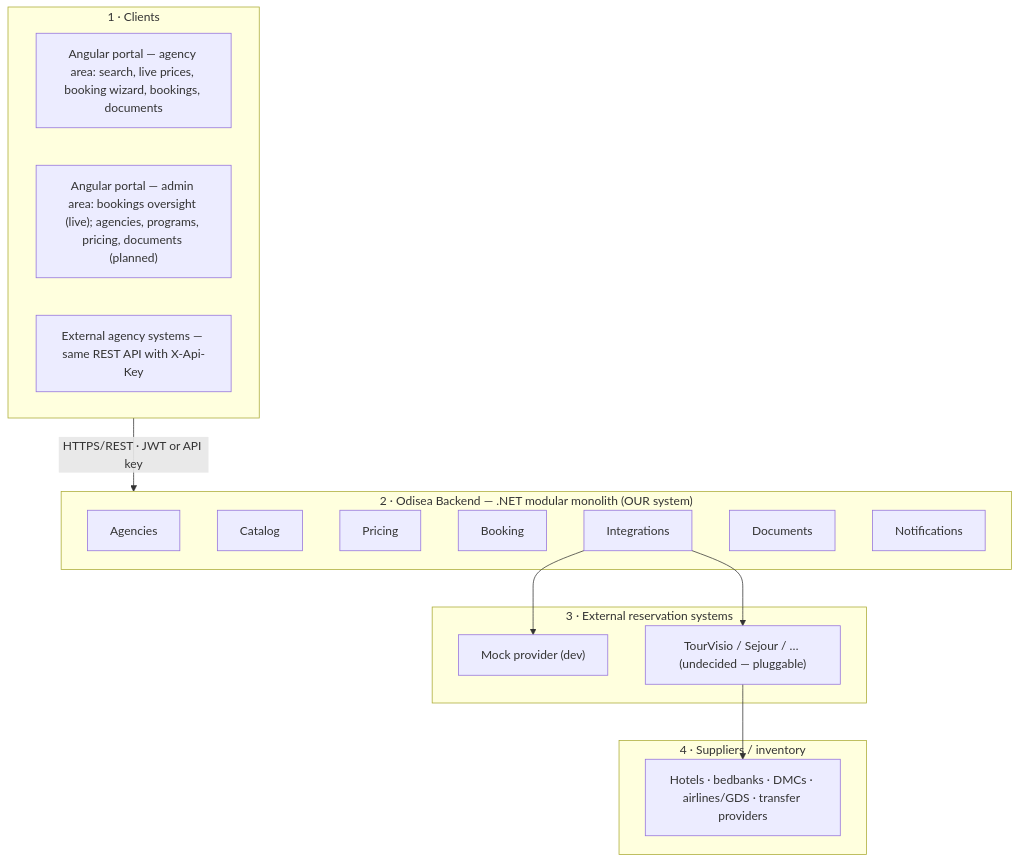
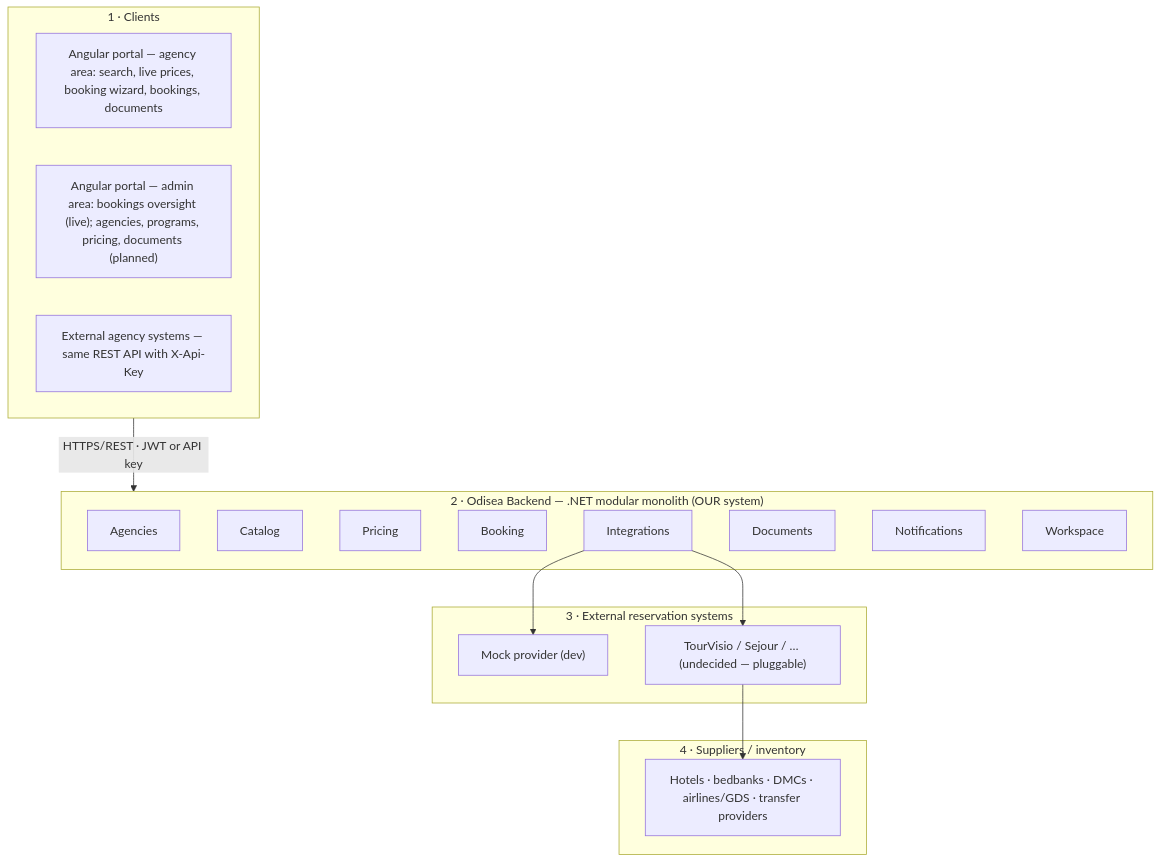
The diagram in docs/ARCHITECTURE.md (odisea-network/odisea), drawn with Mermaid before and after one commit. The commit also changed other lines of this file and 28 other files, not shown here.

````diff
--- a/docs/ARCHITECTURE.md
+++ b/docs/ARCHITECTURE.md
@@ -11,28 +11,29 @@
 ```mermaid
 flowchart TB
     subgraph T1["1 · Clients"]
         agency["Angular portal — agency area: search, live prices, booking wizard, bookings, documents"]
         admin["Angular portal — admin area: bookings oversight (live); agencies, programs, pricing, documents (planned)"]
         partner["External agency systems — same REST API with X-Api-Key"]
     end
     subgraph T2["2 · Odisea Backend — .NET modular monolith (OUR system)"]
         AG[Agencies]
         CAT[Catalog]
         PRC[Pricing]
         BKG[Booking]
         INT[Integrations]
         DOC[Documents]
         NTF[Notifications]
+        WSP[Workspace]
     end
     subgraph T3["3 · External reservation systems"]
         MOCK["Mock provider (dev)"]
         TV["TourVisio / Sejour / … (undecided — pluggable)"]
     end
     subgraph T4["4 · Suppliers / inventory"]
         SUP["Hotels · bedbanks · DMCs · airlines/GDS · transfer providers"]
     end
     T1 -->|HTTPS/REST · JWT or API key| T2
     INT --> MOCK
     INT --> TV
     TV --> SUP
 ```
````
